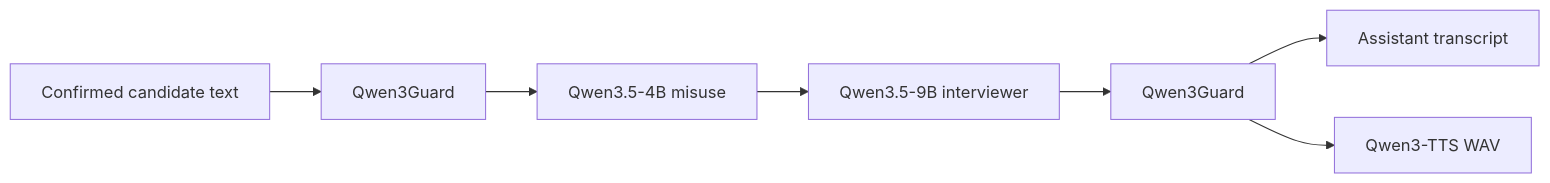
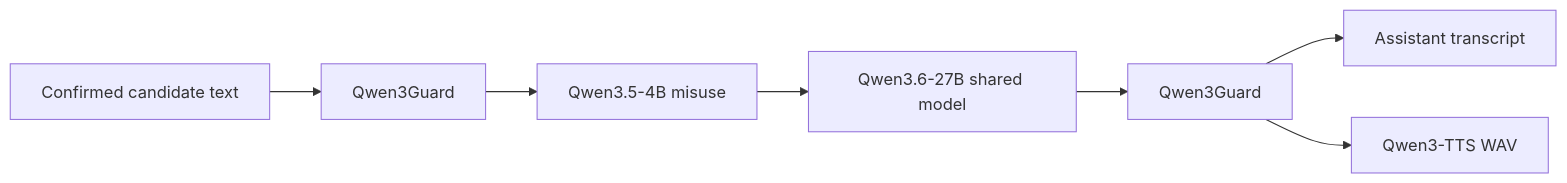
The third of 5 diagrams in docs/ARCHITECTURE.md (jaredturck/AI-interview), drawn with Mermaid before and after one commit. The commit also changed other lines of this file and 19 other files, not shown here.

````diff
--- a/docs/ARCHITECTURE.md
+++ b/docs/ARCHITECTURE.md
@@ -44,9 +44,9 @@
 ```mermaid
 flowchart LR
     Input[Confirmed candidate text] --> GuardIn[Qwen3Guard]
     GuardIn --> Misuse[Qwen3.5-4B misuse]
-    Misuse --> Interviewer[Qwen3.5-9B interviewer]
+    Misuse --> Interviewer[Qwen3.6-27B shared model]
     Interviewer --> GuardOut[Qwen3Guard]
     GuardOut --> Text[Assistant transcript]
     GuardOut --> TTS[Qwen3-TTS WAV]
 ```
````
